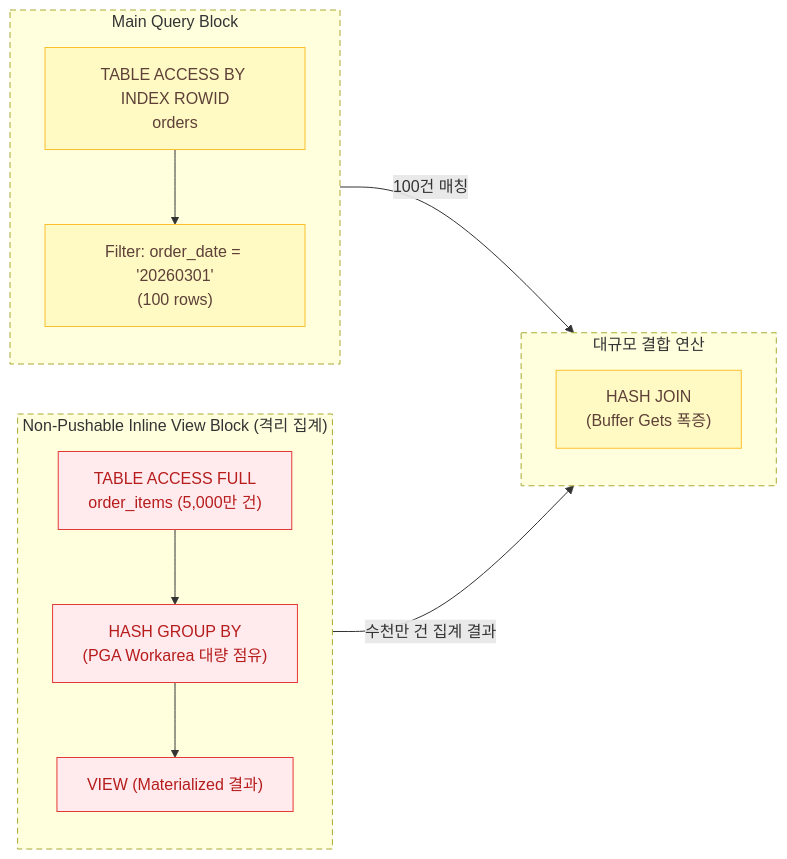
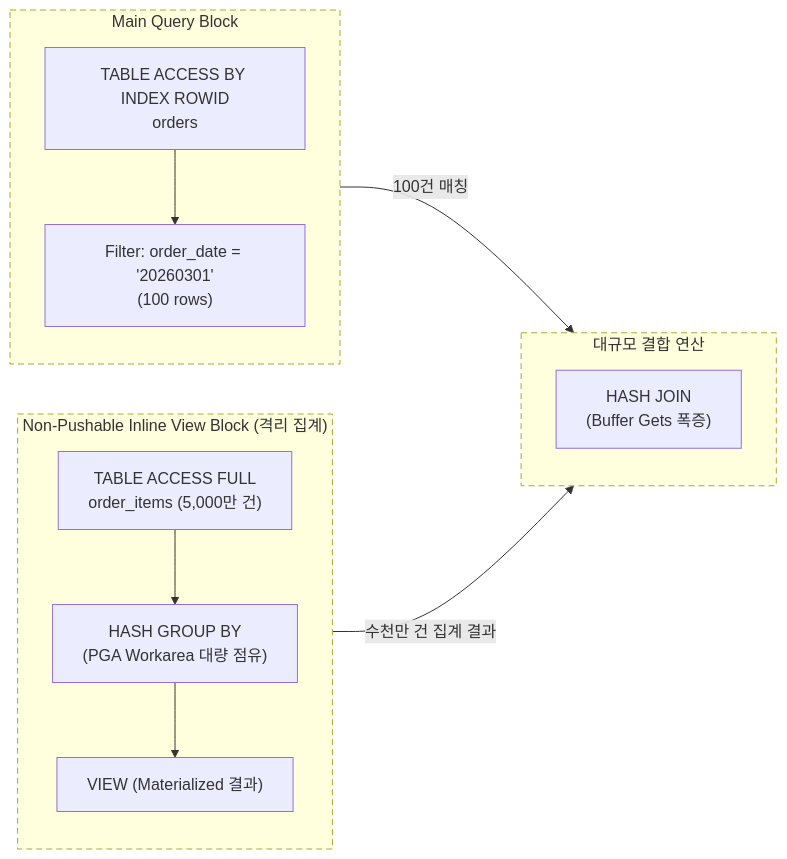
Before and after one commit to djpibo/djpibo.github.io: the second of 2 diagrams in docs/dbms/oracle/rownum-barrier-and-predicate-pushdown.md, drawn with Mermaid. The commit also changed other lines of this file and 8 other files, not shown here.

Commit message:
style(mermaid): unify all diagrams to monochrome and remove colored rect boxes

````diff
--- a/docs/dbms/oracle/rownum-barrier-and-predicate-pushdown.md
+++ b/docs/dbms/oracle/rownum-barrier-and-predicate-pushdown.md
@@ -184,39 +179,34 @@
 ```mermaid
 flowchart LR
     subgraph IsolatedViewBlock ["Non-Pushable Inline View Block (격리 집계)"]
         direction TB
         IV1["TABLE ACCESS FULL<br/>order_items (5,000만 건)"]
         IV2["HASH GROUP BY<br/>(PGA Workarea 대량 점유)"]
         IV3["VIEW (Materialized 결과)"]
     end
 
     subgraph MainDriving ["Main Query Block"]
         direction TB
         MD1["TABLE ACCESS BY INDEX ROWID<br/>orders"]
         MD2["Filter: order_date = '20260301'<br/>(100 rows)"]
     end
 
     subgraph JoinOperation ["대규모 결합 연산"]
         direction TB
         HJ["HASH JOIN<br/>(Buffer Gets 폭증)"]
     end
 
     IV1 --> IV2
     IV2 --> IV3
     MD1 --> MD2
 
     IV3 -->|"수천만 건 집계 결과"| HJ
     MD2 -->|"100건 매칭"| HJ
 
-    classDef default fill:#FFFFFF,stroke:#424242,color:#212121;
-    classDef storage fill:#E8F5E9,stroke:#4CAF50,color:#1B5E20;
-    classDef compute fill:#FFF9C4,stroke:#FBC02D,color:#5D4037;
-    classDef alert fill:#FFEBEE,stroke:#E53935,color:#B71C1C;
-
     class IV1,IV2,IV3 alert;
     class MD1,MD2 compute;
     class HJ compute;
     style IsolatedViewBlock stroke-dasharray: 6 4;
     style MainDriving stroke-dasharray: 6 4;
     style JoinOperation stroke-dasharray: 6 4;
 ```
````
